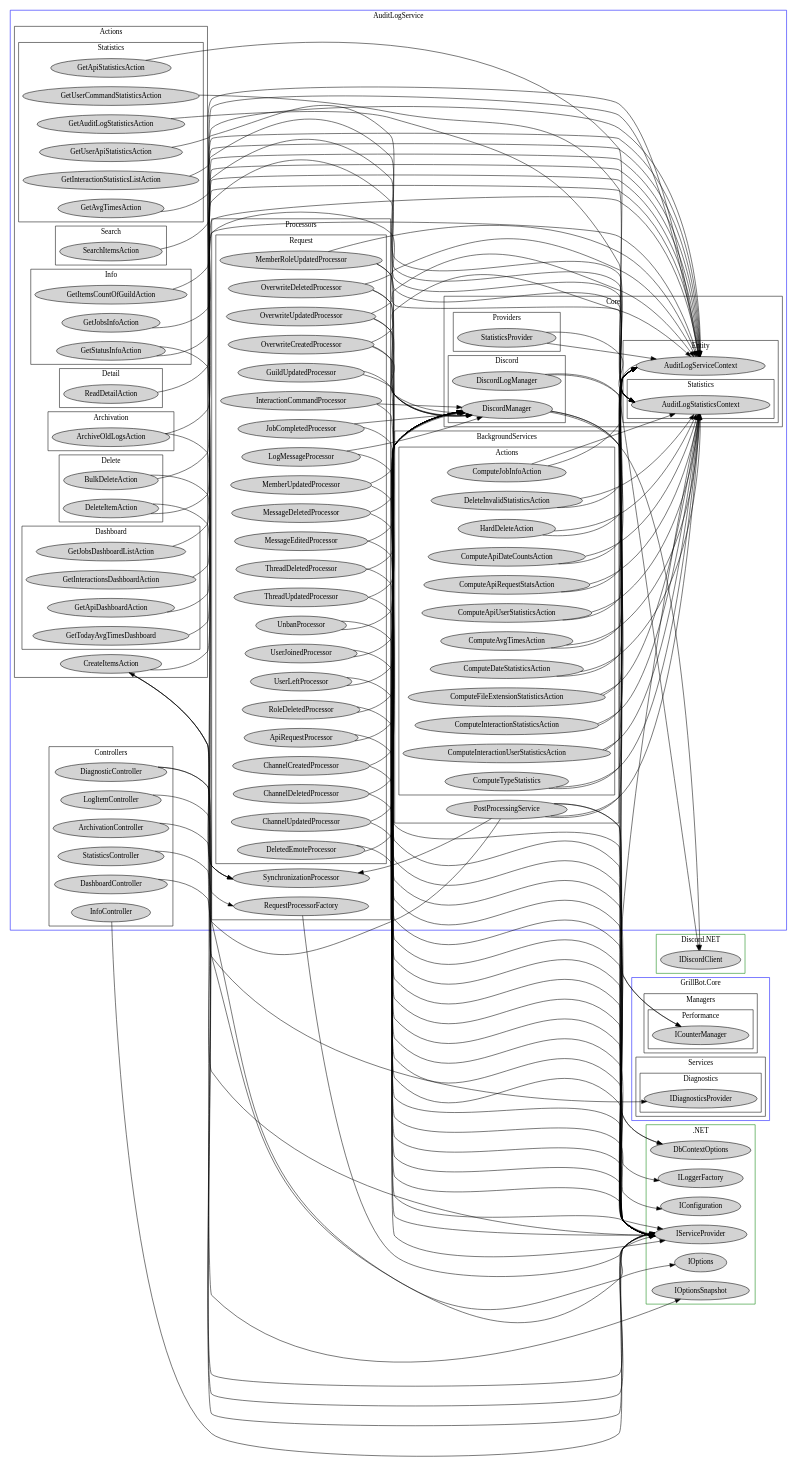
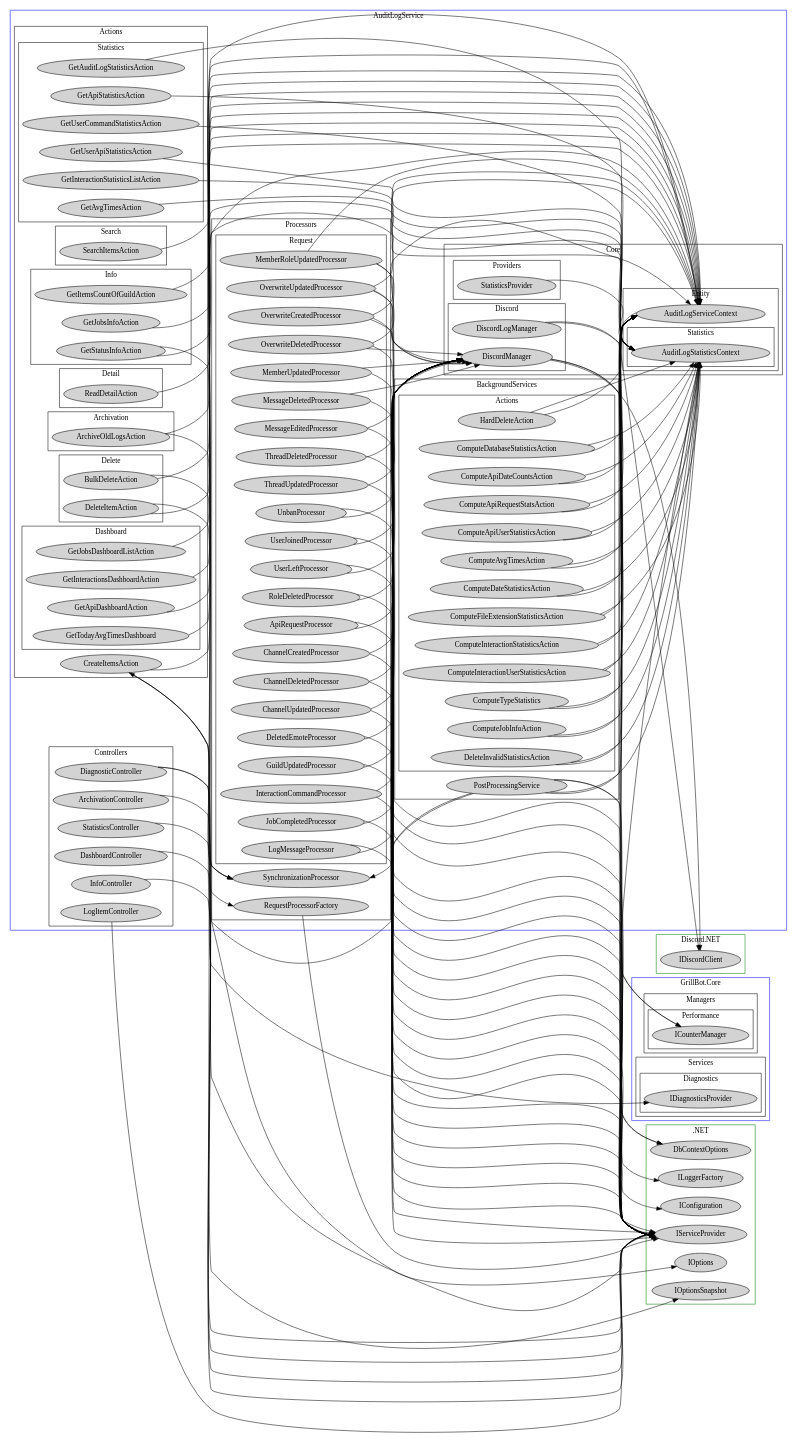
The diagram in data/di-graph-audit-log.dot (GrillBot/grillbot-docs), drawn with Graphviz before and after one commit. The commit also changed 1 other file, not shown here.

```diff
--- a/data/di-graph-audit-log.dot
+++ b/data/di-graph-audit-log.dot
@@ -103,6 +103,7 @@
                 ComputeJobInfoAction
                 DeleteInvalidStatisticsAction
                 HardDeleteAction
+                ComputeDatabaseStatisticsAction
             }
             
             PostProcessingService
@@ -274,7 +275,7 @@
     DiscordLogManager -> { IDiscordClient ILoggerFactory }
     DiscordManager -> { IDiscordClient IConfiguration ICounterManager }
     AuditLogServiceContext -> { DbContextOptions }
-    StatisticsProvider -> { AuditLogServiceContext AuditLogStatisticsContext }
+    StatisticsProvider -> { AuditLogStatisticsContext }
     { ApiRequestProcessor ChannelCreatedProcessor ChannelDeletedProcessor ChannelUpdatedProcessor DeletedEmoteProcessor GuildUpdatedProcessor InteractionCommandProcessor JobCompletedProcessor LogMessageProcessor MemberUpdatedProcessor MessageDeletedProcessor MessageEditedProcessor ThreadDeletedProcessor ThreadUpdatedProcessor UnbanProcessor UserJoinedProcessor UserLeftProcessor RoleDeletedProcessor } -> { IServiceProvider DiscordManager }
     { MemberRoleUpdatedProcessor OverwriteCreatedProcessor OverwriteDeletedProcessor OverwriteUpdatedProcessor } -> { IServiceProvider AuditLogServiceContext DiscordManager }
     RequestProcessorFactory -> { IServiceProvider }
@@ -285,7 +286,7 @@
     GetJobsDashboardListAction -> { AuditLogServiceContext }
     DashboardController -> { IServiceProvider }
     GetStatusInfoAction -> { AuditLogServiceContext IOptions }
-    { ComputeApiDateCountsAction ComputeApiRequestStatsAction ComputeApiUserStatisticsAction ComputeAvgTimesAction ComputeDateStatisticsAction ComputeFileExtensionStatisticsAction ComputeInteractionStatisticsAction ComputeInteractionUserStatisticsAction ComputeTypeStatistics DeleteInvalidStatisticsAction HardDeleteAction ComputeJobInfoAction } -> { AuditLogServiceContext AuditLogStatisticsContext }
+    { ComputeApiDateCountsAction ComputeApiRequestStatsAction ComputeApiUserStatisticsAction ComputeAvgTimesAction ComputeDateStatisticsAction ComputeFileExtensionStatisticsAction ComputeInteractionStatisticsAction ComputeInteractionUserStatisticsAction ComputeTypeStatistics DeleteInvalidStatisticsAction HardDeleteAction ComputeJobInfoAction ComputeDatabaseStatisticsAction } -> { AuditLogServiceContext AuditLogStatisticsContext }
     PostProcessingService -> { IServiceProvider ICounterManager CreateItemsAction AuditLogServiceContext AuditLogStatisticsContext SynchronizationProcessor }
     AuditLogStatisticsContext -> { DbContextOptions }
     BulkDeleteAction -> { AuditLogServiceContext SynchronizationProcessor }
```
